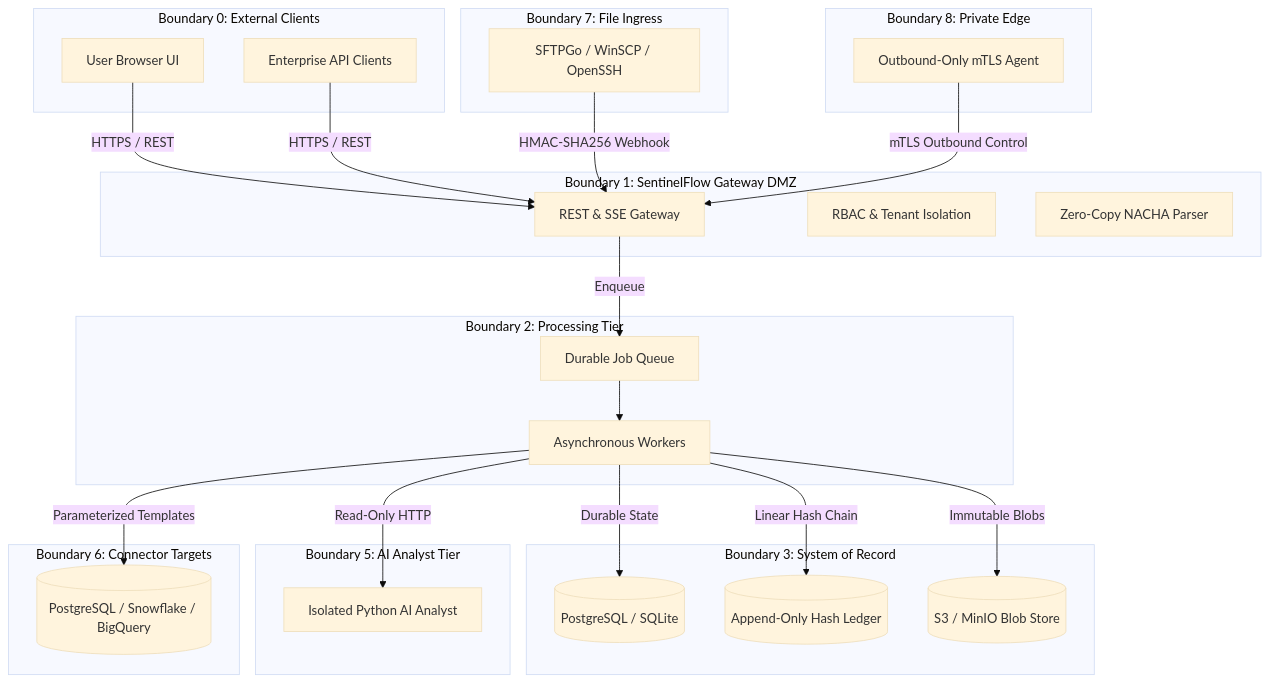
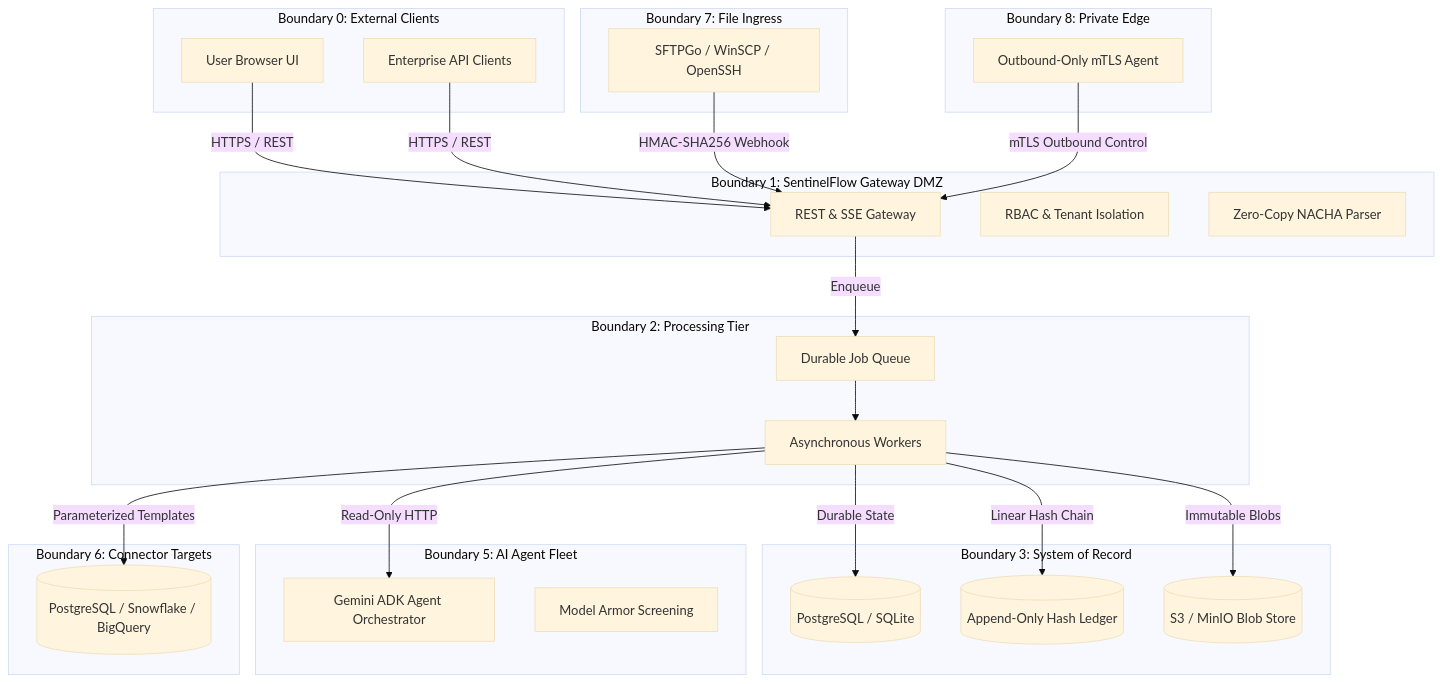
One commit to YashwanthGathuku/didactic-octo-funicular changed the diagram in README.md. Above: the diagram before and after it, drawn with Mermaid (base theme). The commit also changed 91 other files, not shown here.

First line of the commit message:
feat(governance): implement SGACA P01-P03.5 policy engine, agent workflows, and Lens architecture

````diff
--- a/README.md
+++ b/README.md
@@ -28,52 +28,53 @@
 ```mermaid
 graph TD
     subgraph Boundary 0: External Clients
         Browser[User Browser UI]
         APIClient[Enterprise API Clients]
     end
 
     subgraph Boundary 7: File Ingress
         SFTP[SFTPGo / WinSCP / OpenSSH]
     end
 
     subgraph Boundary 1: SentinelFlow Gateway DMZ
         API[REST & SSE Gateway]
         AuthZ[RBAC & Tenant Isolation]
         Parser[Zero-Copy NACHA Parser]
     end
 
     subgraph Boundary 2: Processing Tier
         Queue[Durable Job Queue]
         Workers[Asynchronous Workers]
     end
 
     subgraph Boundary 3: System of Record
         DB[(PostgreSQL / SQLite)]
         Ledger[(Append-Only Hash Ledger)]
         Storage[(S3 / MinIO Blob Store)]
     end
 
-    subgraph Boundary 5: AI Analyst Tier
-        AI[Isolated Python AI Analyst]
+    subgraph Boundary 5: AI Agent Fleet
+        AI[Gemini ADK Agent Orchestrator]
+        ModelArmor[Model Armor Screening]
     end
 
     subgraph Boundary 6: Connector Targets
         CustomerDB[(PostgreSQL / Snowflake / BigQuery)]
     end
 
     subgraph Boundary 8: Private Edge
         EdgeAgent[Outbound-Only mTLS Agent]
     end
 
     Browser -->|HTTPS / REST| API
     APIClient -->|HTTPS / REST| API
     SFTP -->|HMAC-SHA256 Webhook| API
     API -->|Enqueue| Queue
     Queue --> Workers
     Workers -->|Durable State| DB
     Workers -->|Linear Hash Chain| Ledger
     Workers -->|Immutable Blobs| Storage
     Workers -->|Read-Only HTTP| AI
     Workers -->|Parameterized Templates| CustomerDB
     EdgeAgent -->|mTLS Outbound Control| API
 ```
````
